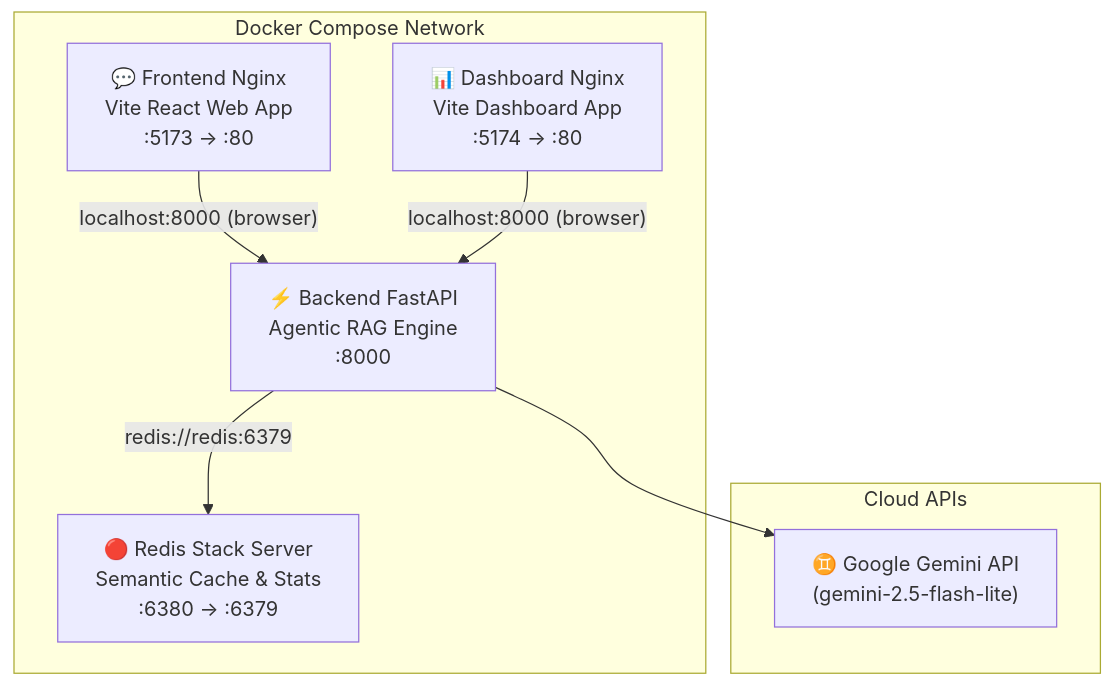
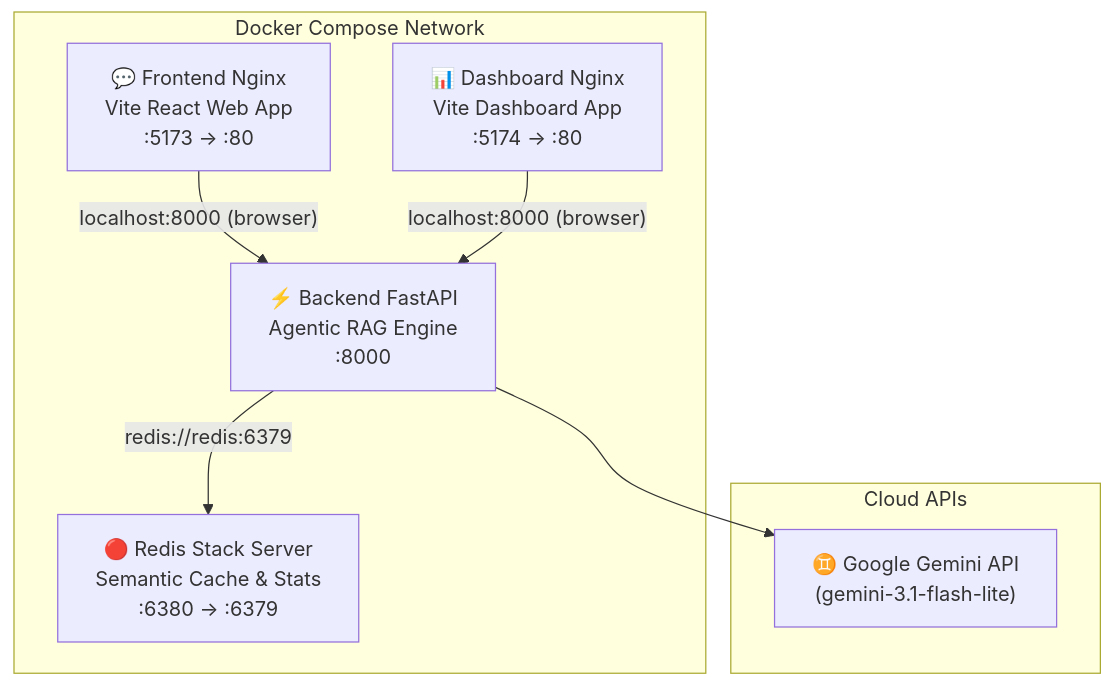
Before and after one commit to BennedictQuanTon/BKAi-Admission-System: the fourth of 4 diagrams in README.md, drawn with Mermaid. The commit also changed other lines of this file and 22 other files, not shown here.

````diff
--- a/README.md
+++ b/README.md
@@ -272,18 +272,18 @@
 ```mermaid
 graph TB
     subgraph Cloud["Cloud APIs"]
-        Gemini["♊ Google Gemini API<br/>(gemini-2.5-flash-lite)"]
+        Gemini["♊ Google Gemini API<br/>(gemini-3.1-flash-lite)"]
     end
 
     subgraph Docker["Docker Compose Network"]
         Redis["🔴 Redis Stack Server<br/>Semantic Cache & Stats<br/>:6380 → :6379"]
         Backend["⚡ Backend FastAPI<br/>Agentic RAG Engine<br/>:8000"]
         Frontend["💬 Frontend Nginx<br/>Vite React Web App<br/>:5173 → :80"]
         Dashboard["📊 Dashboard Nginx<br/>Vite Dashboard App<br/>:5174 → :80"]
     end
 
     Backend -->|"redis://redis:6379"| Redis
     Backend --> Gemini
     Frontend -->|"localhost:8000 (browser)"| Backend
     Dashboard -->|"localhost:8000 (browser)"| Backend
 ```
````
